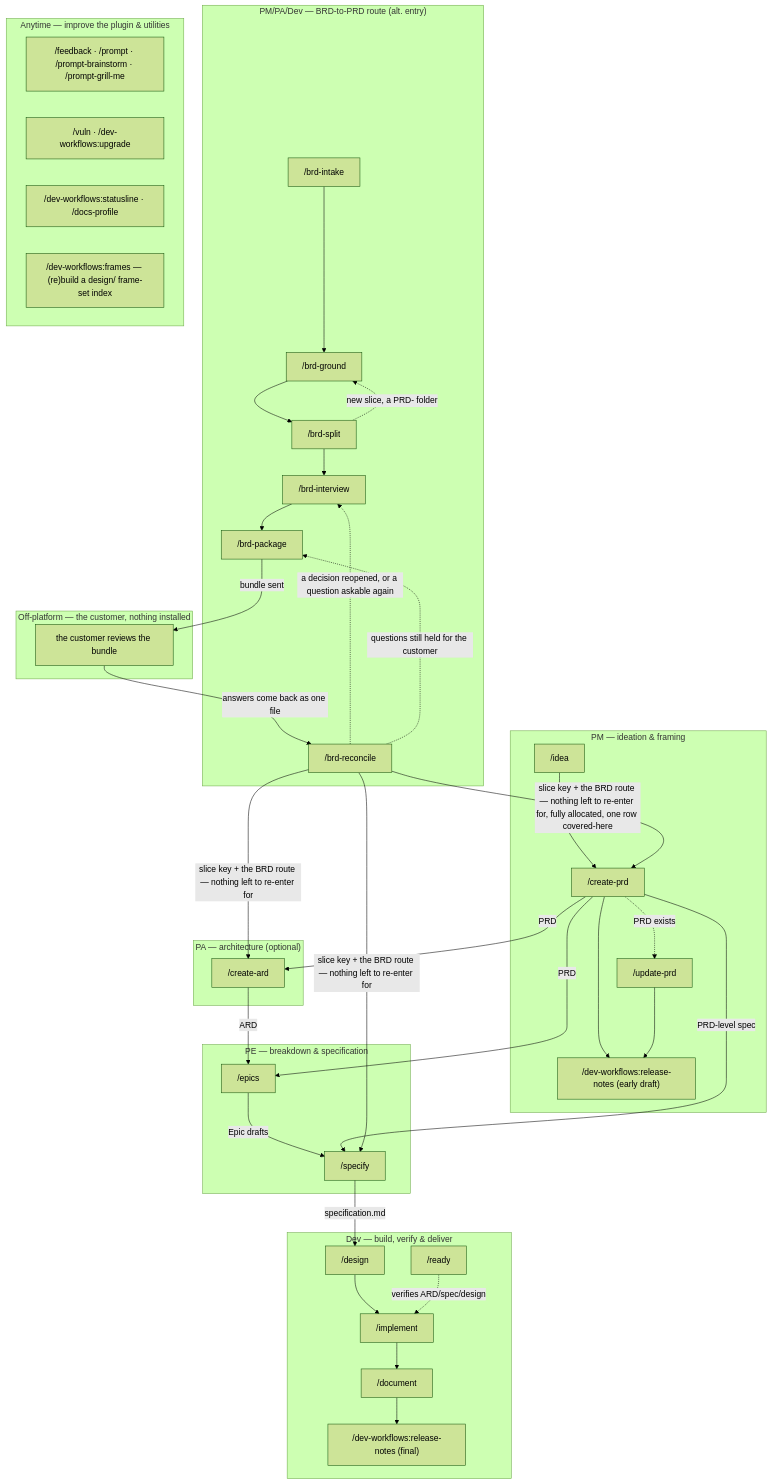
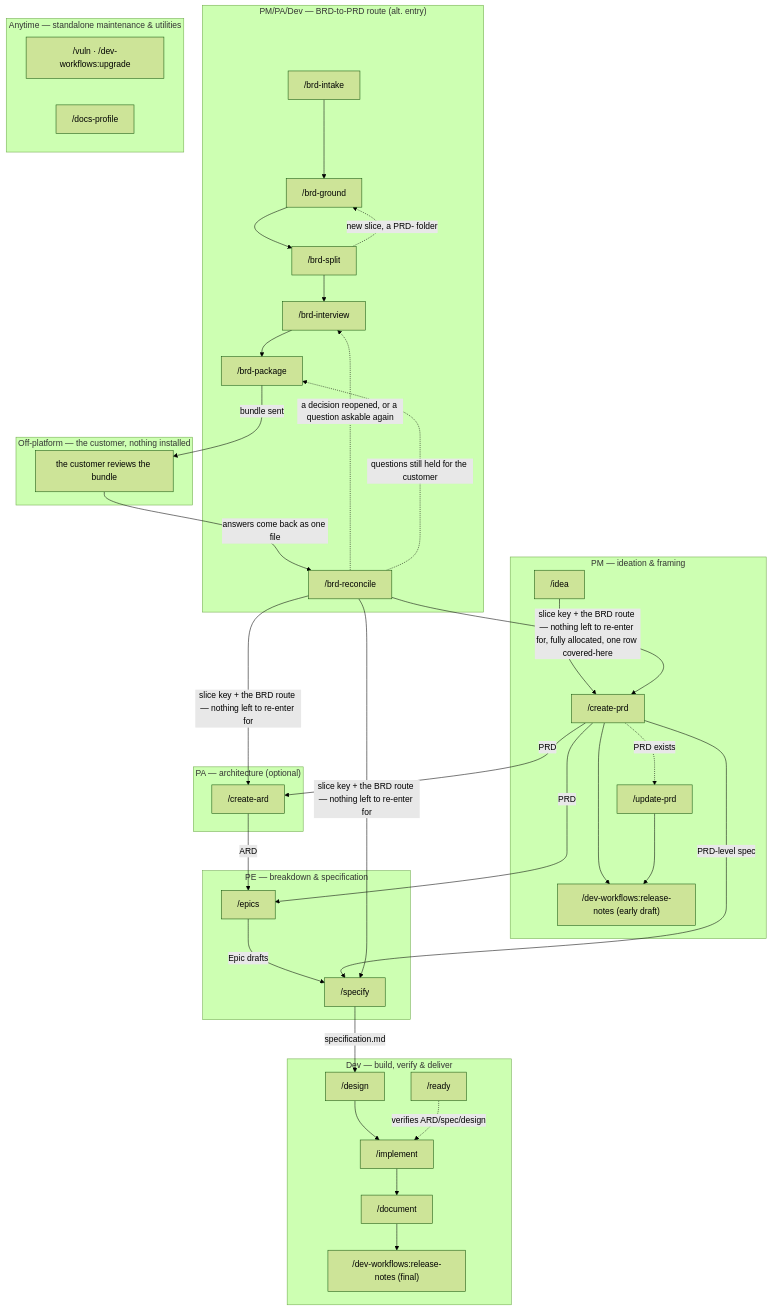
Before and after one commit to ihudak/ihudak-claude-plugins: the diagram in plugins/dev-workflows/docs/workflow.md, drawn with Mermaid (forest theme). The commit also changed other lines of this file and 70 other files, not shown here.

````diff
--- a/plugins/dev-workflows/docs/workflow.md
+++ b/plugins/dev-workflows/docs/workflow.md
@@ -5,52 +5,50 @@
 ```mermaid
 flowchart TD
     subgraph PM["PM — ideation & framing"]
         idea["/idea"] --> createvi["/create-prd"]
         createvi --> rnpm["/dev-workflows:release-notes (early draft)"]
         createvi -.->|PRD exists| updatevi["/update-prd"]
         updatevi --> rnpm
     end
     subgraph BRD["PM/PA/Dev — BRD-to-PRD route (alt. entry)"]
         brdintake["/brd-intake"] --> brdground["/brd-ground"] --> brdsplit["/brd-split"]
         brdsplit -.->|new slice, a PRD- folder| brdground
         brdsplit --> brdinterview["/brd-interview"] --> brdpackage["/brd-package"]
         brdreconcile["/brd-reconcile"]
     end
     subgraph CUST["Off-platform — the customer, nothing installed"]
         brdreview["the customer reviews the bundle"]
     end
     subgraph PA["PA — architecture (optional)"]
         createard["/create-ard"]
     end
     subgraph PE["PE — breakdown & specification"]
         epics["/epics"]
         specify["/specify"]
     end
     subgraph DEV["Dev — build, verify & deliver"]
         design["/design"] --> implement["/implement"]
         implement --> document["/document"]
         document --> rndev["/dev-workflows:release-notes (final)"]
         ready["/ready"]
     end
-    subgraph ANY["Anytime — improve the plugin & utilities"]
-        improve["/feedback · /prompt · /prompt-brainstorm · /prompt-grill-me"]
+    subgraph ANY["Anytime — standalone maintenance & utilities"]
         maint["/vuln · /dev-workflows:upgrade"]
-        tooling["/dev-workflows:statusline · /docs-profile"]
-        framesidx["/dev-workflows:frames — (re)build a design/ frame-set index"]
+        tooling["/docs-profile"]
     end
 
     createvi -->|PRD| createard
     createvi -->|PRD| epics
     createard -->|ARD| epics
     epics -->|Epic drafts| specify
     createvi -->|PRD-level spec| specify
     specify -->|specification.md| design
     ready -. verifies ARD/spec/design .-> implement
     brdpackage -->|bundle sent| brdreview
     brdreview -->|answers come back as one file| brdreconcile
     brdreconcile -.->|a decision reopened, or a question askable again| brdinterview
     brdreconcile -.->|questions still held for the customer| brdpackage
     brdreconcile -->|slice key + the BRD route — nothing left to re-enter for, fully allocated, one row covered-here| createvi
     brdreconcile -->|slice key + the BRD route — nothing left to re-enter for| createard
     brdreconcile -->|slice key + the BRD route — nothing left to re-enter for| specify
 ```
````
